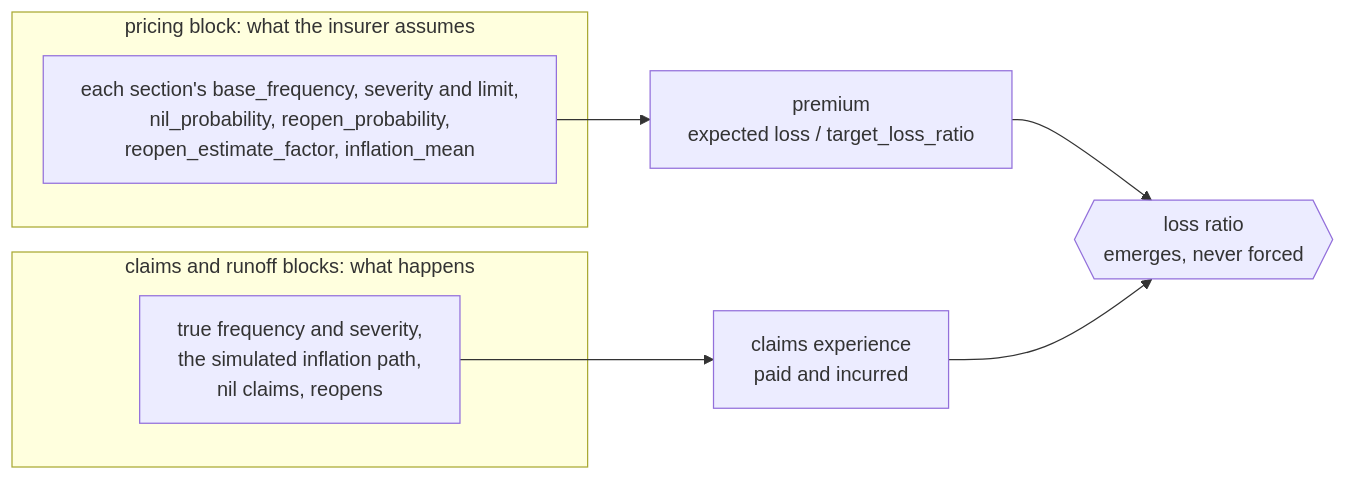
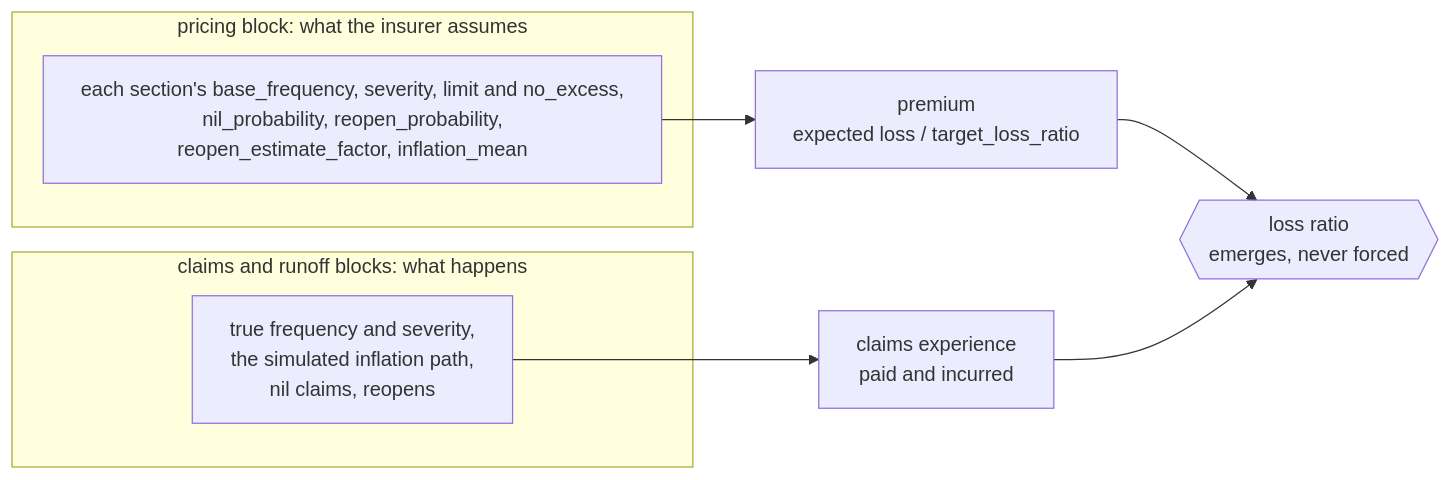
The second of 10 diagrams in README.md (le-marais/claims-data-generator), drawn with Mermaid before and after one commit. The commit also changed other lines of this file and 40 other files, not shown here.

````diff
--- a/README.md
+++ b/README.md
@@ -104,17 +105,17 @@
 ```mermaid
 %%{init: {"flowchart": {"wrappingWidth": 480}}}%%
 flowchart LR
     subgraph assumed["pricing block: what the insurer assumes"]
-        assumptions["each section's base_frequency, severity and limit,<br/>nil_probability, reopen_probability,<br/>reopen_estimate_factor, inflation_mean"]
+        assumptions["each section's base_frequency, severity, limit and no_excess,<br/>nil_probability, reopen_probability,<br/>reopen_estimate_factor, inflation_mean"]
     end
     subgraph actual["claims and runoff blocks: what happens"]
         truth["true frequency and severity,<br/>the simulated inflation path,<br/>nil claims, reopens"]
     end
     premium["premium<br/>expected loss / target_loss_ratio"]
     experience["claims experience<br/>paid and incurred"]
     lossRatio{{"loss ratio<br/>emerges, never forced"}}
     assumptions --> premium
     truth --> experience
     premium --> lossRatio
     experience --> lossRatio
 ```
````
